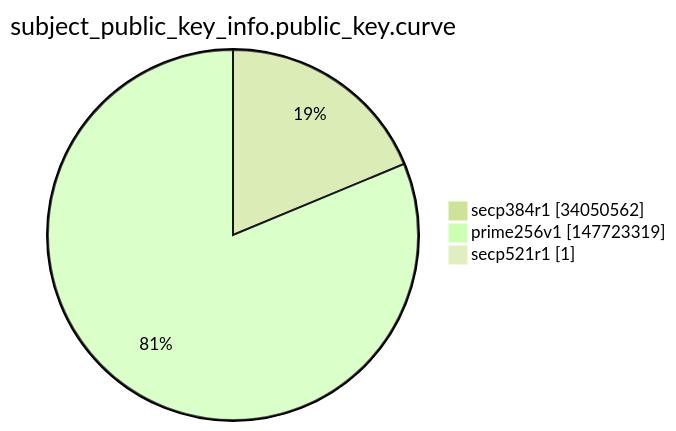
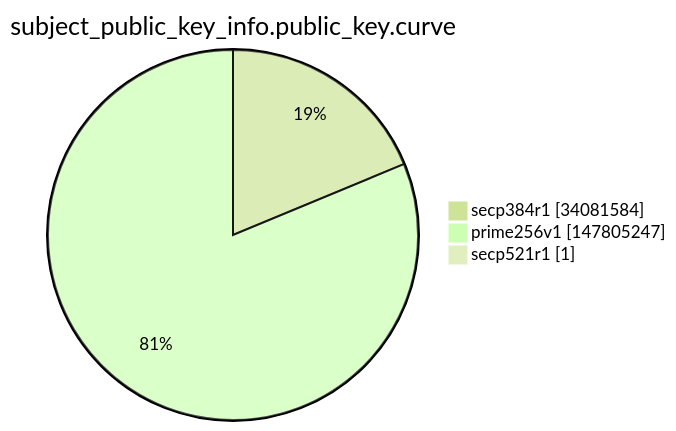
Before and after one commit to christiankrug/ctmonitor_visualization: the ninth of 15 diagrams in argon2022/README.md, drawn with Mermaid (forest theme). The commit also changed other lines of this file, not shown here.

````diff
--- a/argon2022/README.md
+++ b/argon2022/README.md
@@ -2764,7 +2764,7 @@
 ```mermaid
 pie showData
 title subject_public_key_info.public_key.curve
-"secp384r1" :34050562
-"prime256v1" :147723319
+"secp384r1" :34081584
+"prime256v1" :147805247
 "secp521r1" :1
 ```
````
